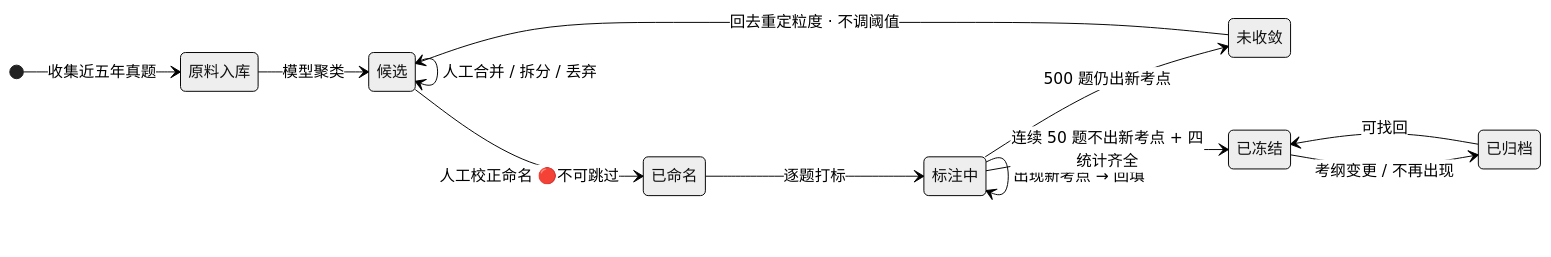
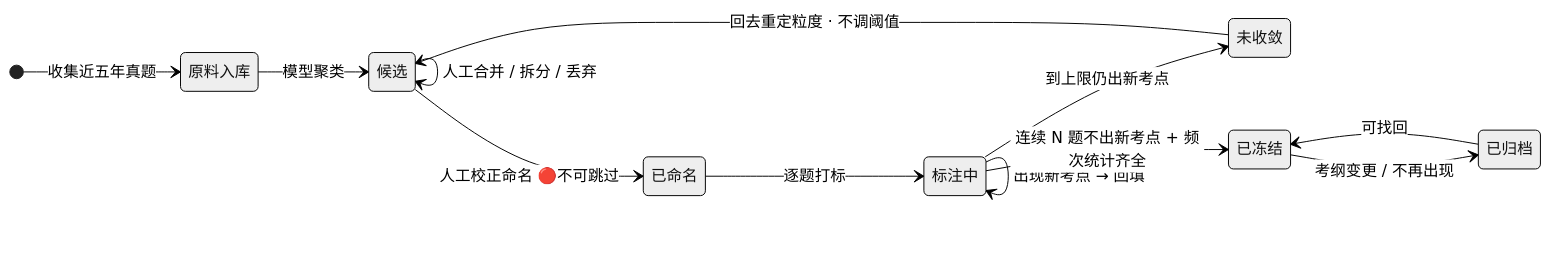
Before and after one commit to chenyuanjin/kubic: the diagram in docs/product/23-模块A-骨架层.md, drawn with Mermaid (neutral theme). The commit also changed other lines of this file and 20 other files, not shown here.

````diff
--- a/docs/product/23-模块A-骨架层.md
+++ b/docs/product/23-模块A-骨架层.md
@@ -77,15 +78,15 @@
 ```mermaid
 stateDiagram-v2
     direction LR
     [*] --> 原料入库: 收集近五年真题
     原料入库 --> 候选: 模型聚类
     候选 --> 候选: 人工合并 / 拆分 / 丢弃
     候选 --> 已命名: 人工校正命名 🔴不可跳过
     已命名 --> 标注中: 逐题打标
     标注中 --> 标注中: 出现新考点 → 回填
-    标注中 --> 未收敛: 500 题仍出新考点
+    标注中 --> 未收敛: 到上限仍出新考点
     未收敛 --> 候选: 回去重定粒度 · 不调阈值
-    标注中 --> 已冻结: 连续 50 题不出新考点 + 四统计齐全
+    标注中 --> 已冻结: 连续 N 题不出新考点 + 频次统计齐全
     已冻结 --> 已归档: 考纲变更 / 不再出现
     已归档 --> 已冻结: 可找回
 ```
````
